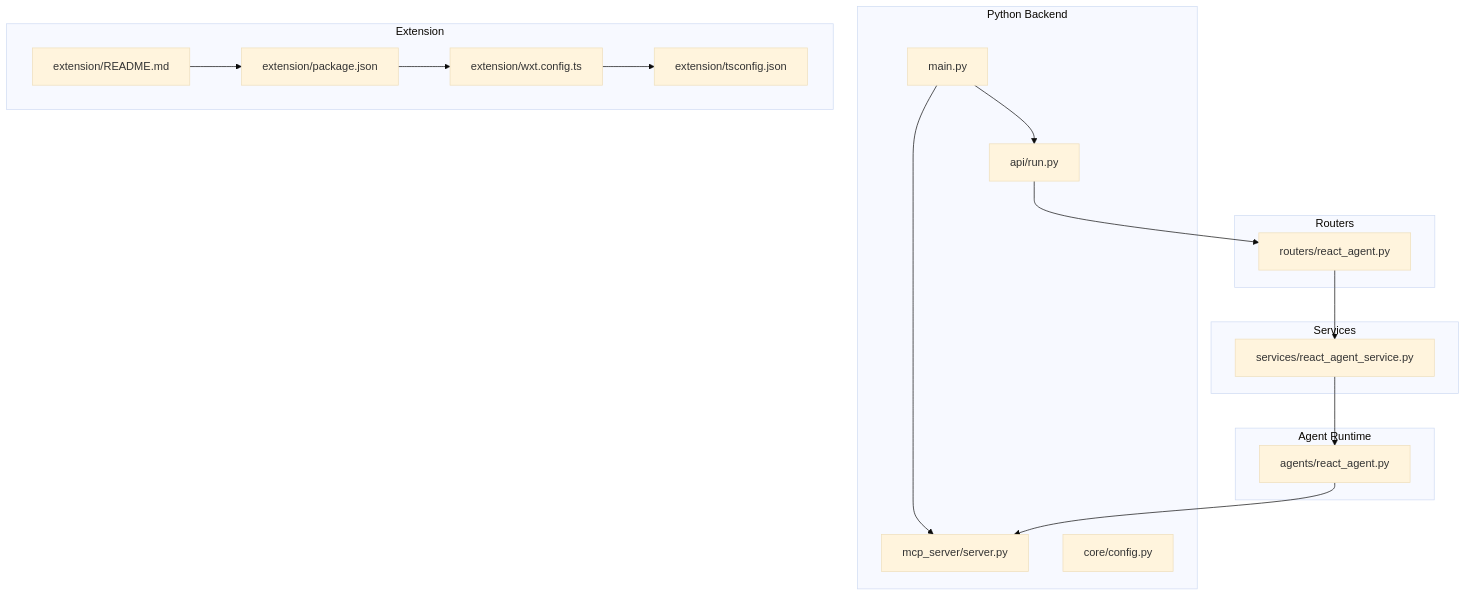
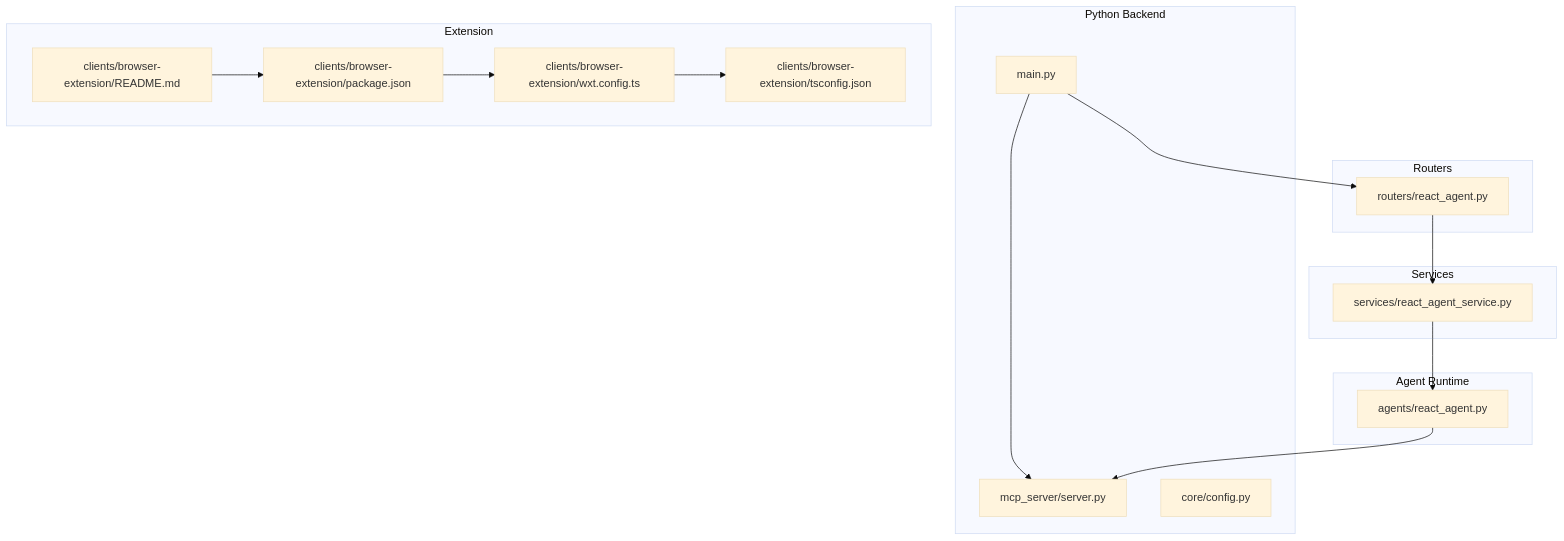
Before and after one commit to tashifkhan/tashif.codes: the first of 8 diagrams in src/data/docs/agentic-browser/Development Guidelines.md, drawn with Mermaid (base theme). The commit also changed other lines of this file and 2128 other files, not shown here.

First line of the commit message:
docs: replace raster diagram images with native Mermaid across project guides

````diff
--- a/src/data/docs/agentic-browser/Development Guidelines.md
+++ b/src/data/docs/agentic-browser/Development Guidelines.md
@@ -16,33 +18,31 @@
 ```mermaid
 graph TB
 subgraph "Python Backend"
 MAIN["main.py"]
-API_RUN["api/run.py"]
 MCP_SRV["mcp_server/server.py"]
 CFG["core/config.py"]
 end
 subgraph "Agent Runtime"
 REACT_AGENT["agents/react_agent.py"]
 end
 subgraph "Services"
 REACT_SVC["services/react_agent_service.py"]
 end
 subgraph "Routers"
 REACT_ROUTER["routers/react_agent.py"]
 end
 subgraph "Extension"
-EXT_README["extension/README.md"]
-PKG["extension/package.json"]
-WXT["extension/wxt.config.ts"]
-TSCONFIG["extension/tsconfig.json"]
+EXT_README["clients/browser-extension/README.md"]
+PKG["clients/browser-extension/package.json"]
+WXT["clients/browser-extension/wxt.config.ts"]
+TSCONFIG["clients/browser-extension/tsconfig.json"]
 end
-MAIN --> API_RUN
 MAIN --> MCP_SRV
-API_RUN --> REACT_ROUTER
+MAIN --> REACT_ROUTER
 REACT_ROUTER --> REACT_SVC
 REACT_SVC --> REACT_AGENT
 REACT_AGENT --> MCP_SRV
 EXT_README --> PKG
 PKG --> WXT
 WXT --> TSCONFIG
 ```
````
